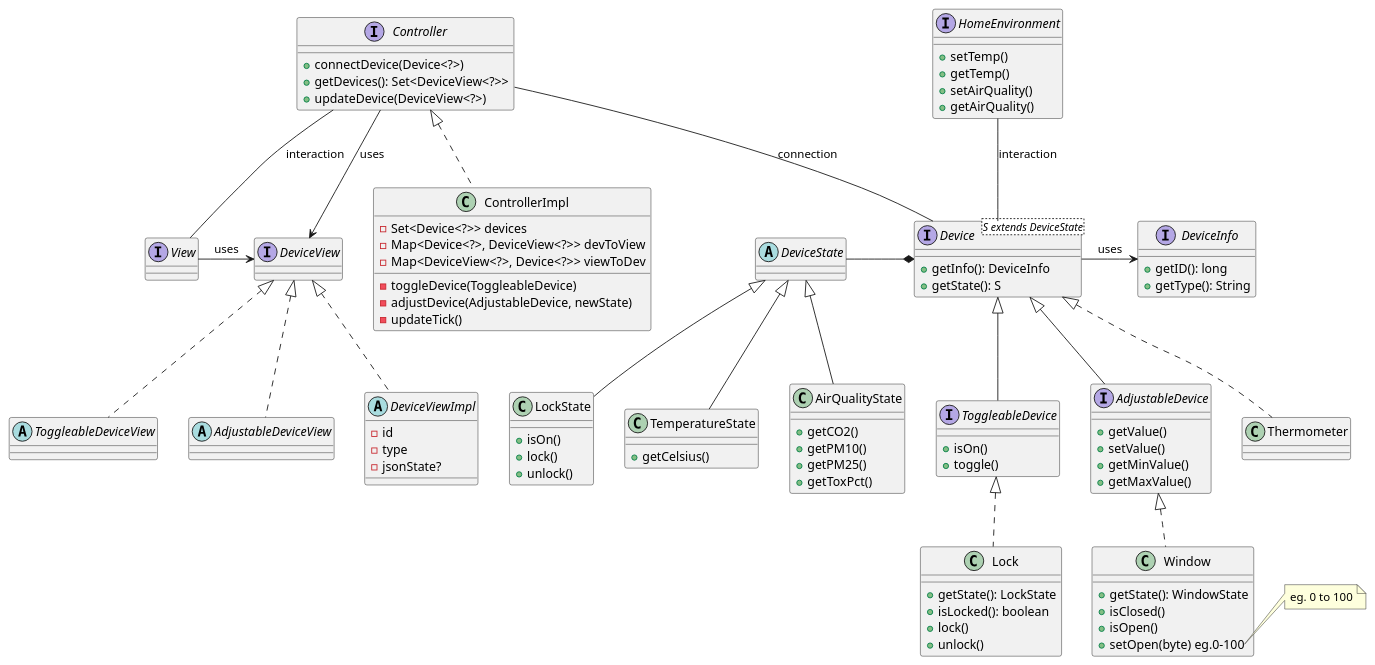
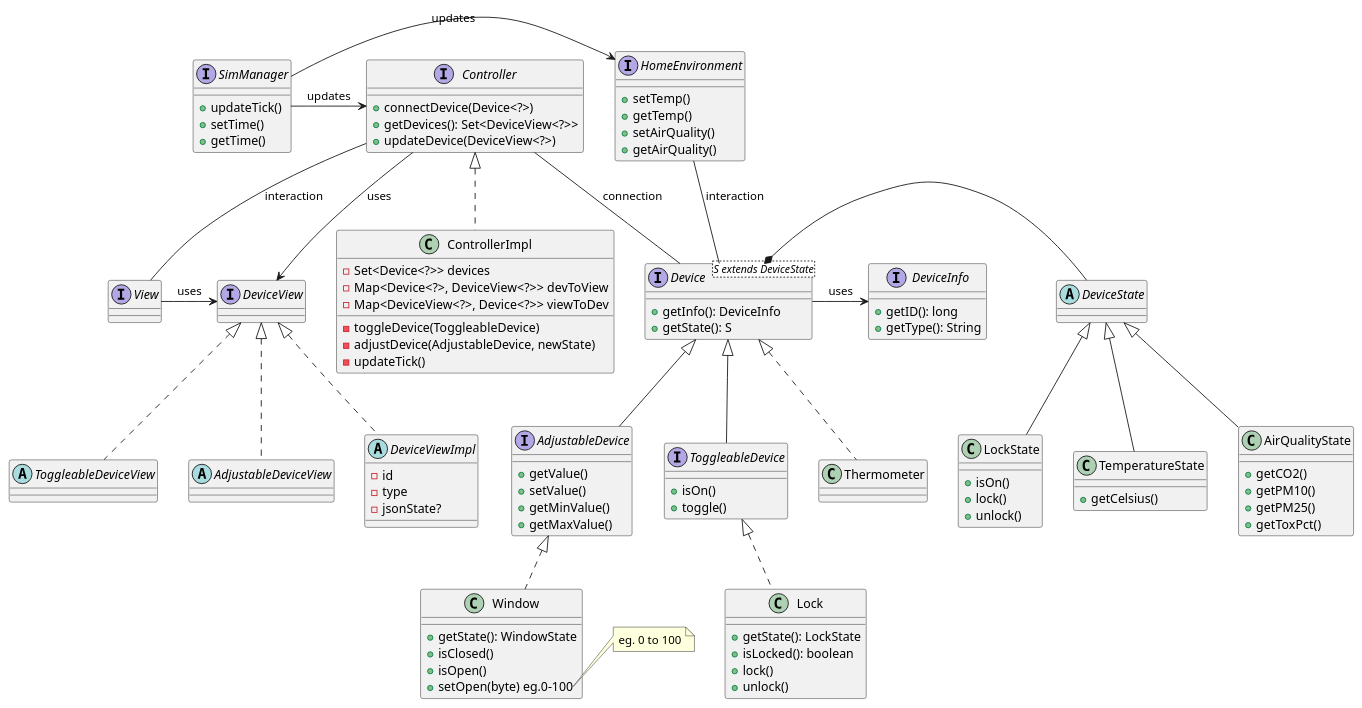
One commit to progetto-oop-22-23/OOP-report changed the diagram in uml/wip2.plantuml. Above: the diagram before and after it, drawn with PlantUML.

Commit message:
[uml] add SimManager

```diff
--- a/uml/wip2.plantuml
+++ b/uml/wip2.plantuml
@@ -1,119 +1,128 @@
 @startuml
 
 /' MODEL '/
+
+interface SimManager {
+	+ updateTick()
+	+ setTime()
+	+ getTime()
+}
 
 interface Controller {
 	+ connectDevice(Device<?>)
 	+ getDevices(): Set<DeviceView<?>>
 	+ updateDevice(DeviceView<?>)
 }
 
 class ControllerImpl implements Controller {
 	- Set<Device<?>> devices
 	- Map<Device<?>, DeviceView<?>> devToView
 	- Map<DeviceView<?>, Device<?>> viewToDev
 	- toggleDevice(ToggleableDevice)
 	- adjustDevice(AdjustableDevice, newState)
 	- updateTick()
 }
 
 interface Device<S extends DeviceState> {
 	+ getInfo(): DeviceInfo
 	+ getState(): S
 }
 
 interface ToggleableDevice implements Device {
 	+ isOn()
 	+ toggle()
 }
 
 interface AdjustableDevice implements Device {
 	+ getValue()
 	+ setValue()
 	+ getMinValue()
 	+ getMaxValue()
 }
 
 interface DeviceInfo {
 	+ getID(): long
 	+ getType(): String
 }
 
 abstract class DeviceState {}
 
 class LockState extends DeviceState {
 	+ isOn()
 	+ lock()
 	+ unlock()
 }
 
 class TemperatureState extends DeviceState {
 	+ getCelsius()
 }
 
 class AirQualityState extends DeviceState {
 	+ getCO2()
 	+ getPM10()
 	+ getPM25()
 	+ getToxPct()
 }
 
 class Lock implements ToggleableDevice {
 	+ getState(): LockState
 	+ isLocked(): boolean
 	+ lock()
 	+ unlock()
 }
 
 class Thermometer implements Device {}
 
 class Window implements AdjustableDevice {
 	+ getState(): WindowState
 	+ isClosed()
 	+ isOpen()
 	+ setOpen(byte) eg.0-100
 }
 note right of Window::setOpen
 eg. 0 to 100
 end note
 
 /' VIEW '/
 
 interface DeviceView {
 
 }
 
 abstract class ToggleableDeviceView implements DeviceView {}
 abstract class AdjustableDeviceView implements DeviceView {}
 
 abstract class DeviceViewImpl implements DeviceView {
 	- id
 	- type
 	- jsonState?
 }
 
 interface View {}
 
 /' LINKS '/
 
+SimManager -> Controller: updates
+SimManager -> HomeEnvironment: updates
+
 Controller -- Device: connection
 Device -> DeviceInfo: uses
 Controller -> DeviceView: uses
 Controller -- View: interaction
 View -> DeviceView: uses
 
 'LockState -* Device
 'TempState -* Device
 'AirQualityState -* Device
 DeviceState -* Device
 
 interface HomeEnvironment {
 	+ setTemp()
 	+ getTemp()
 	+ setAirQuality()
 	+ getAirQuality()
 }
 
 HomeEnvironment -- Device: interaction
 
 @enduml
```
